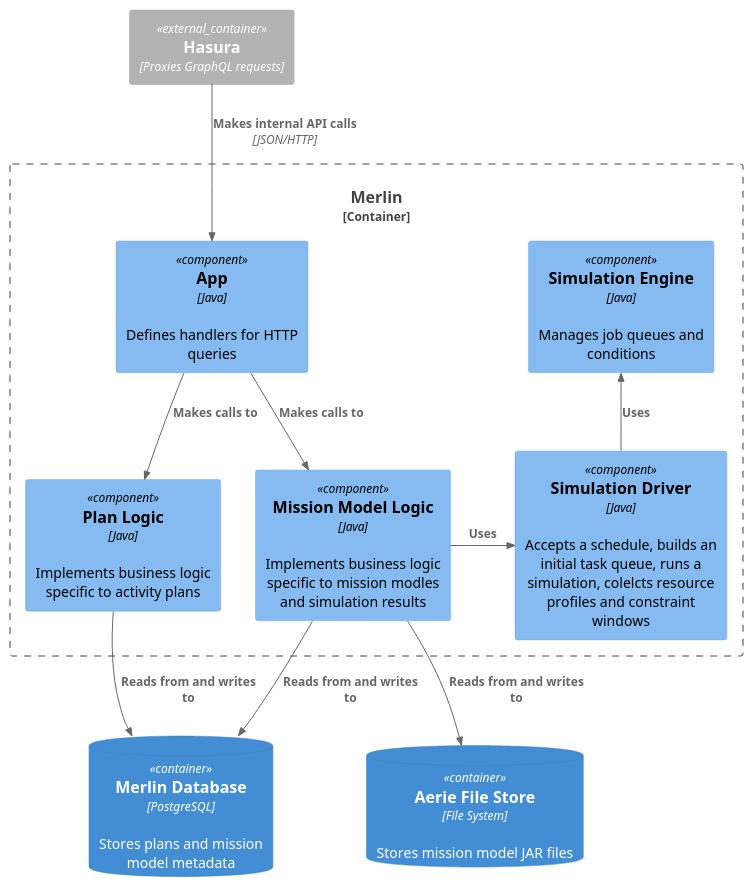
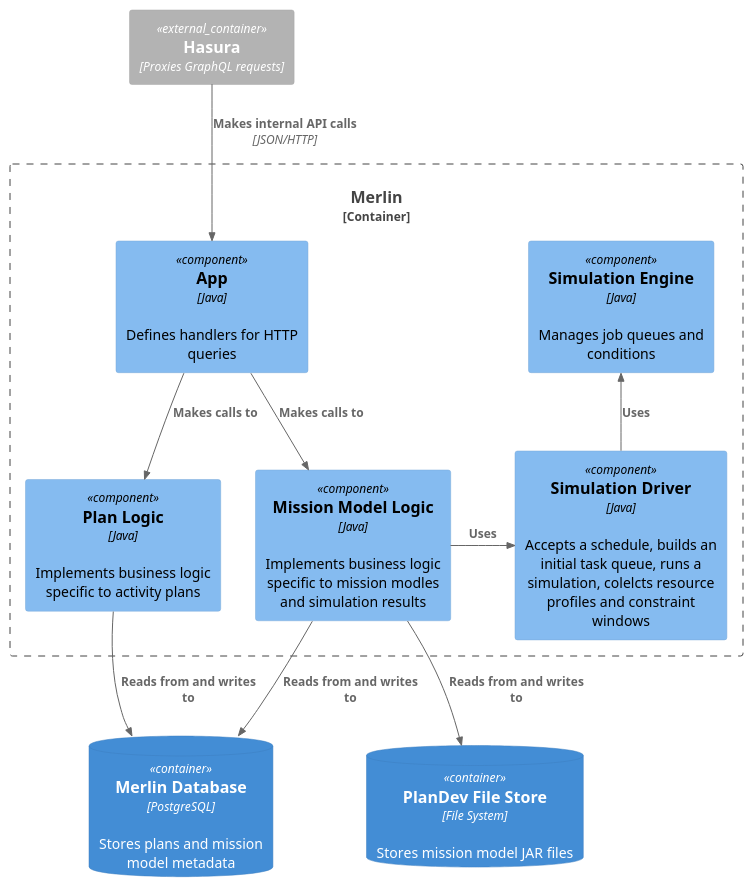
Before and after one commit to NASA-AMMOS/plandev-docs: the diagram in docs/overview/design/assets/c4-merlin-server-component.puml, drawn with PlantUML. The commit also changed 140 other files, not shown here.

```diff
--- a/docs/overview/design/assets/c4-merlin-server-component.puml
+++ b/docs/overview/design/assets/c4-merlin-server-component.puml
@@ -1,24 +1,24 @@
 @startuml
 !include https://raw.githubusercontent.com/plantuml-stdlib/C4-PlantUML/master/C4_Component.puml
 Container_Ext(hasura, "Hasura", "Proxies GraphQL requests")
 Container_Boundary(merlin, "Merlin") {
   Component(app, "App", "Java", "Defines handlers for HTTP queries")
   Component(plan_logic, "Plan Logic", "Java", "Implements business logic specific to activity plans")
   Component(mission_model_logic, "Mission Model Logic", "Java", "Implements business logic specific to mission modles and simulation results")
   Component(sim_driver, "Simulation Driver", "Java", "Accepts a schedule, builds an initial task queue, runs a simulation, colelcts resource profiles and constraint windows")
   Component(sim_engine, "Simulation Engine", "Java", "Manages job queues and conditions")
 }
 
 ContainerDb(merlin_db, "Merlin Database", "PostgreSQL", "Stores plans and mission model metadata")
-ContainerDb(file_store, "Aerie File Store", "File System", "Stores mission model JAR files")
+ContainerDb(file_store, "PlanDev File Store", "File System", "Stores mission model JAR files")
 
 Rel_D(hasura, app, "Makes internal API calls", "JSON/HTTP")
 Rel_D(app, plan_logic, "Makes calls to")
 Rel_D(app, mission_model_logic, "Makes calls to")
 Rel_R(mission_model_logic, sim_driver, "Uses")
 Rel_U(sim_driver, sim_engine, "Uses")
 
 Rel_D(plan_logic, merlin_db, "Reads from and writes to")
 Rel_D(mission_model_logic, merlin_db, "Reads from and writes to")
 Rel_D(mission_model_logic, file_store, "Reads from and writes to")
 @enduml
```
